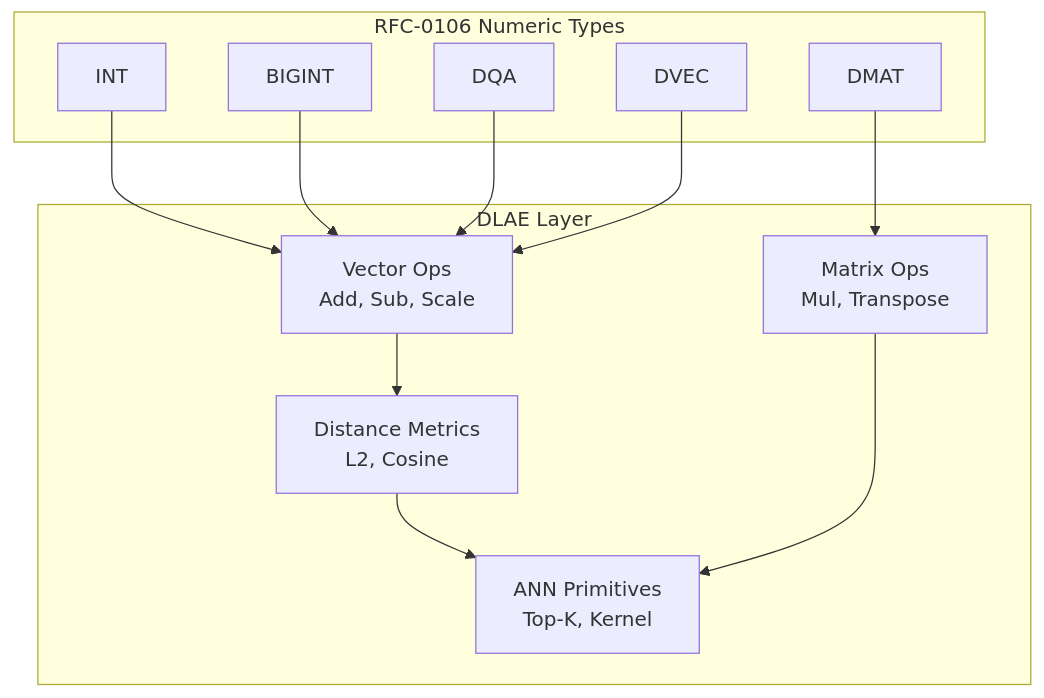
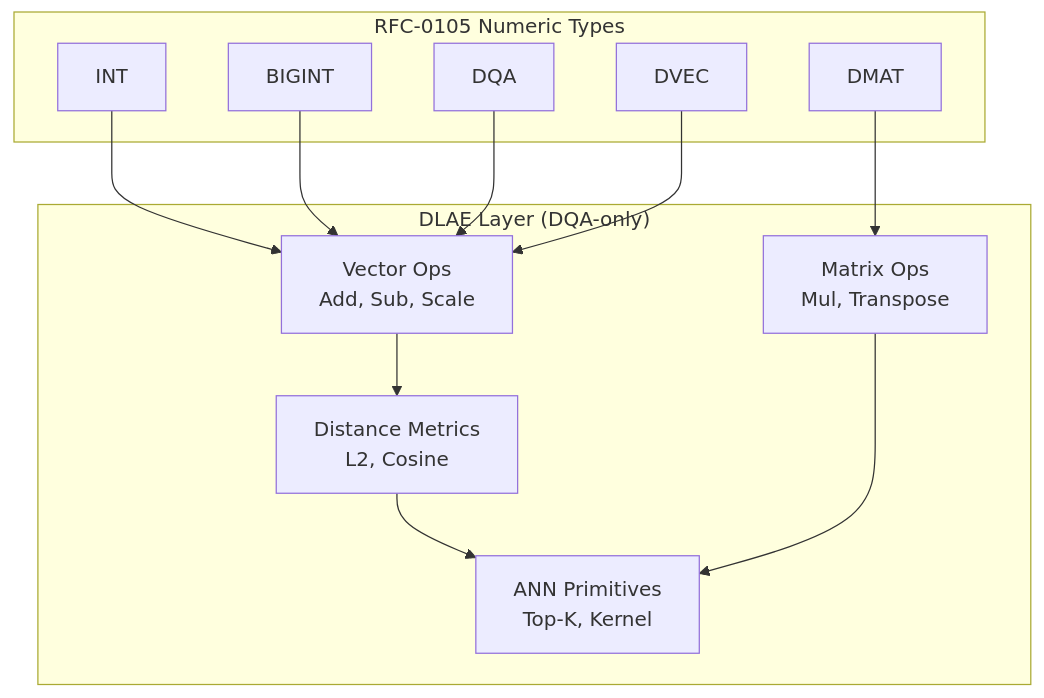
The diagram in rfcs/accepted/numeric/0109-deterministic-linear-algebra-engine.md (CipherOcto/cipherocto), drawn with Mermaid before and after one commit. The commit also changed other lines of this file and 3 other files, not shown here.

First line of the commit message:
docs: add RFC-0124 numeric contract to DFP/DQA ecosystem

````diff
--- a/rfcs/accepted/numeric/0109-deterministic-linear-algebra-engine.md
+++ b/rfcs/accepted/numeric/0109-deterministic-linear-algebra-engine.md
@@ -41,27 +44,27 @@
 ```mermaid
 graph TB
-    subgraph "RFC-0106 Numeric Types"
+    subgraph "RFC-0105 Numeric Types"
         INT[INT]
         BIGINT[BIGINT]
         DQA[DQA]
         DVEC[DVEC]
         DMAT[DMAT]
     end
 
-    subgraph "DLAE Layer"
+    subgraph "DLAE Layer (DQA-only)"
         VEC_OPS[Vector Ops<br/>Add, Sub, Scale]
         MAT_OPS[Matrix Ops<br/>Mul, Transpose]
         DIST[Distance Metrics<br/>L2, Cosine]
         ANN[ANN Primitives<br/>Top-K, Kernel]
     end
 
     INT --> VEC_OPS
     BIGINT --> VEC_OPS
     DQA --> VEC_OPS
     DVEC --> VEC_OPS
     DMAT --> MAT_OPS
 
     VEC_OPS --> DIST
     DIST --> ANN
     MAT_OPS --> ANN
 ```
````
